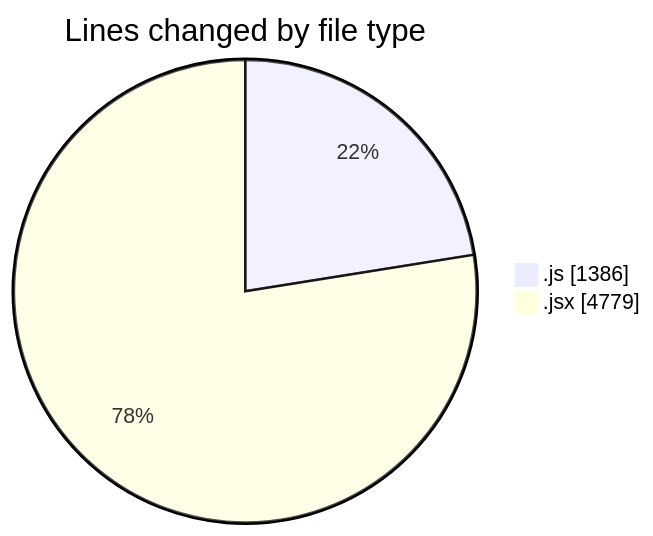
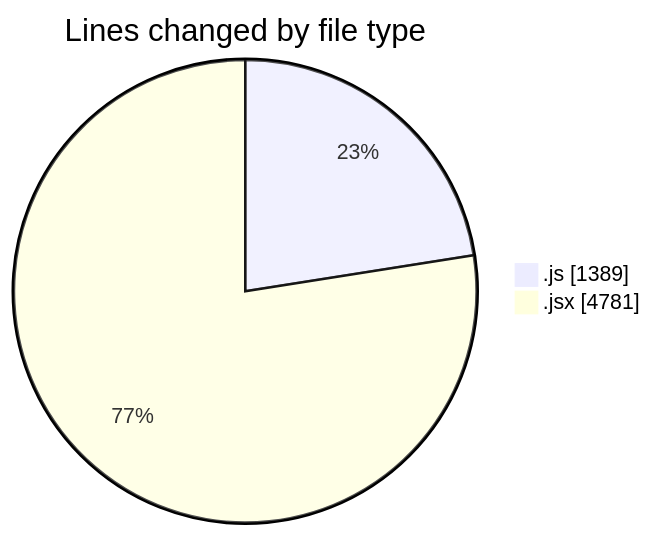
The first of 2 diagrams in 2025-07-29/nxtqube_webapp/README.md (nxtqubesakshisongat/code-tracking), drawn with Mermaid before and after one commit. The commit also changed other lines of this file and 1 other file, not shown here.

````diff
--- a/2025-07-29/nxtqube_webapp/README.md
+++ b/2025-07-29/nxtqube_webapp/README.md
@@ -31,6 +31,6 @@
 ```mermaid
 pie showData
 title Lines changed by file type
-".js" : 1386
-".jsx" : 4779
+".js" : 1389
+".jsx" : 4781
 ```
````
